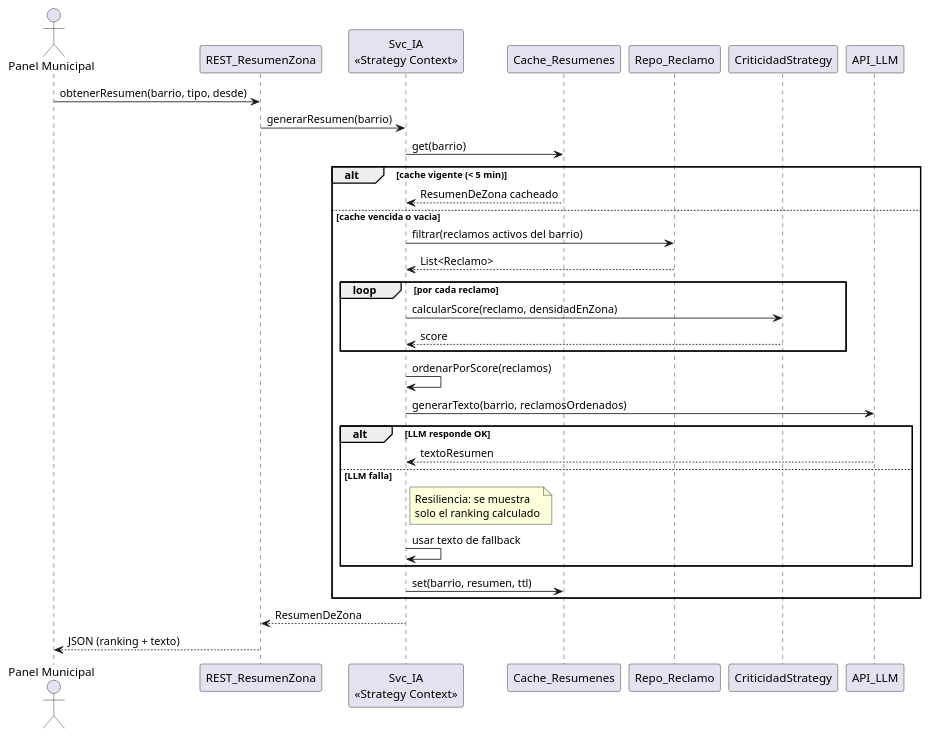
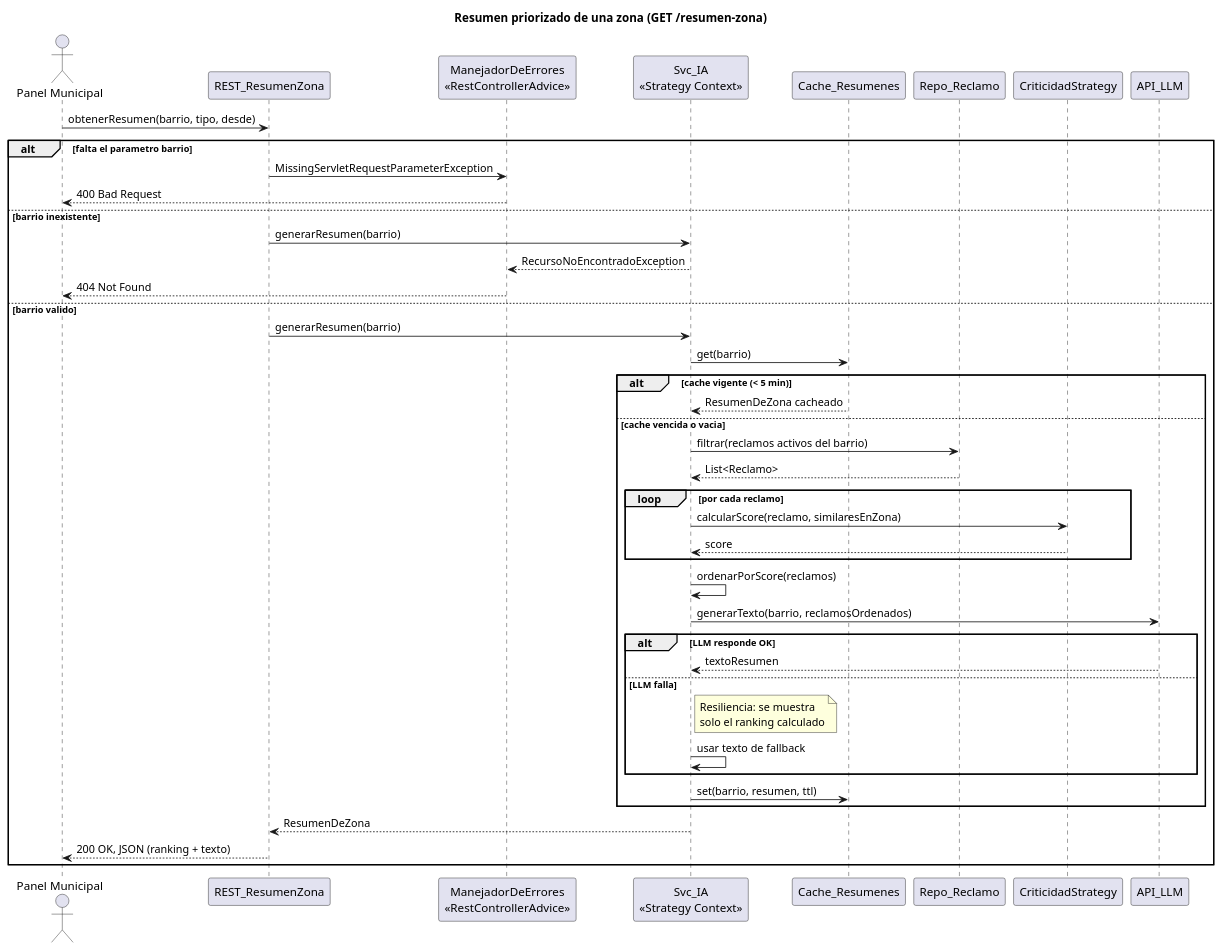
One commit to francolovera24/Backend-TicketeraMunicipal-DDA2 changed the diagram in docs/03_secuencia_resumen_zona.puml. Above: the diagram before and after it, drawn with PlantUML. The commit also changed 2 other files, not shown here.

Commit message:
Punto 9: manejo de errores reflejado en las secuencias
El @RestControllerAdvice (ManejadorDeErrores) ya existia desde la etapa
4 con 400 (Bean Validation y ValidacionException), 404
(RecursoNoEncontradoException) y 409, cubiertos por
ApiErroresIntegracionTest. Las secuencias 02 (alta), 03 (resumen) y 07
(cambio de estado) suman bloques alt con los caminos de error.

```diff
--- a/docs/03_secuencia_resumen_zona.puml
+++ b/docs/03_secuencia_resumen_zona.puml
@@ -1,42 +1,54 @@
 @startuml
+title Resumen priorizado de una zona (GET /resumen-zona)
+
 actor "Panel Municipal" as Panel
 participant "REST_ResumenZona" as REST
+participant "ManejadorDeErrores\n<<RestControllerAdvice>>" as Errores
 participant "Svc_IA\n<<Strategy Context>>" as Svc
 participant "Cache_Resumenes" as Cache
 participant "Repo_Reclamo" as Repo
 participant "CriticidadStrategy" as Strategy
 participant "API_LLM" as LLM
 
 Panel -> REST : obtenerResumen(barrio, tipo, desde)
-REST -> Svc : generarResumen(barrio)
 
-Svc -> Cache : get(barrio)
+alt falta el parametro barrio
+    REST -> Errores : MissingServletRequestParameterException
+    Errores --> Panel : 400 Bad Request
+else barrio inexistente
+    REST -> Svc : generarResumen(barrio)
+    Svc --> Errores : RecursoNoEncontradoException
+    Errores --> Panel : 404 Not Found
+else barrio valido
+    REST -> Svc : generarResumen(barrio)
+    Svc -> Cache : get(barrio)
 
-alt cache vigente (< 5 min)
-    Cache --> Svc : ResumenDeZona cacheado
-else cache vencida o vacia
-    Svc -> Repo : filtrar(reclamos activos del barrio)
-    Repo --> Svc : List<Reclamo>
+    alt cache vigente (< 5 min)
+        Cache --> Svc : ResumenDeZona cacheado
+    else cache vencida o vacia
+        Svc -> Repo : filtrar(reclamos activos del barrio)
+        Repo --> Svc : List<Reclamo>
 
-    loop por cada reclamo
-        Svc -> Strategy : calcularScore(reclamo, densidadEnZona)
-        Strategy --> Svc : score
+        loop por cada reclamo
+            Svc -> Strategy : calcularScore(reclamo, similaresEnZona)
+            Strategy --> Svc : score
+        end
+
+        Svc -> Svc : ordenarPorScore(reclamos)
+
+        Svc -> LLM : generarTexto(barrio, reclamosOrdenados)
+
+        alt LLM responde OK
+            LLM --> Svc : textoResumen
+        else LLM falla
+            note right of Svc : Resiliencia: se muestra\nsolo el ranking calculado
+            Svc -> Svc : usar texto de fallback
+        end
+
+        Svc -> Cache : set(barrio, resumen, ttl)
     end
 
-    Svc -> Svc : ordenarPorScore(reclamos)
-
-    Svc -> LLM : generarTexto(barrio, reclamosOrdenados)
-
-    alt LLM responde OK
-        LLM --> Svc : textoResumen
-    else LLM falla
-        note right of Svc : Resiliencia: se muestra\nsolo el ranking calculado
-        Svc -> Svc : usar texto de fallback
-    end
-
-    Svc -> Cache : set(barrio, resumen, ttl)
+    Svc --> REST : ResumenDeZona
+    REST --> Panel : 200 OK, JSON (ranking + texto)
 end
-
-Svc --> REST : ResumenDeZona
-REST --> Panel : JSON (ranking + texto)
 @enduml
```
